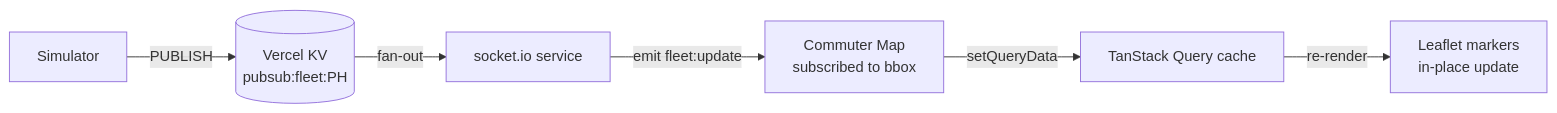
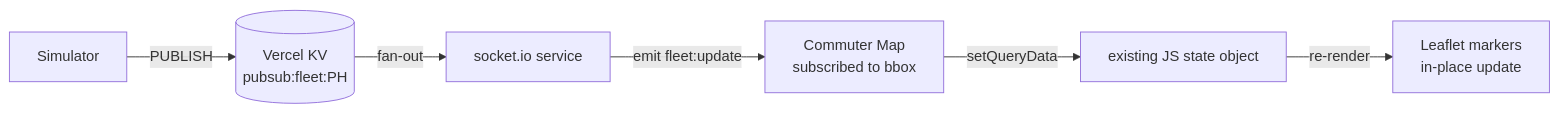
One commit to lejxz/Re-LoadSense changed the fifth of 6 diagrams in concept/02-architecture.md. Above: the diagram before and after it, drawn with Mermaid. The commit also changed other lines of this file and 5 other files, not shown here.

````diff
--- a/concept/02-architecture.md
+++ b/concept/02-architecture.md
@@ -234,9 +236,9 @@
 ```mermaid
 %% caption: Real-time flow — how a telemetry update reaches the commuter map.
 flowchart LR
     Sim[Simulator] -->|PUBLISH| Redis[(Vercel KV<br/>pubsub:fleet:PH)]
     Redis -->|fan-out| WS[socket.io service]
     WS -->|emit fleet:update| Client[Commuter Map<br/>subscribed to bbox]
-    Client -->|setQueryData| Cache[TanStack Query cache]
+    Client -->|setQueryData| Cache[existing JS state object]
     Cache -->|re-render| Map[Leaflet markers<br/>in-place update]
 ```
````
